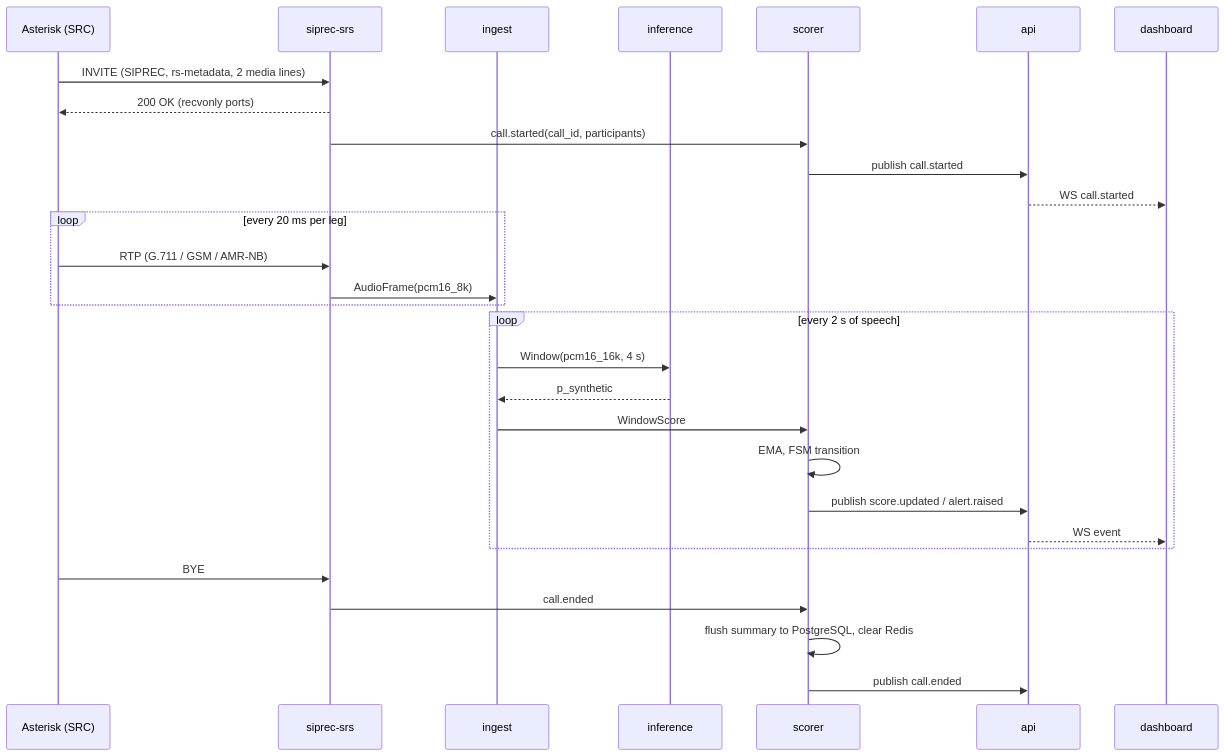
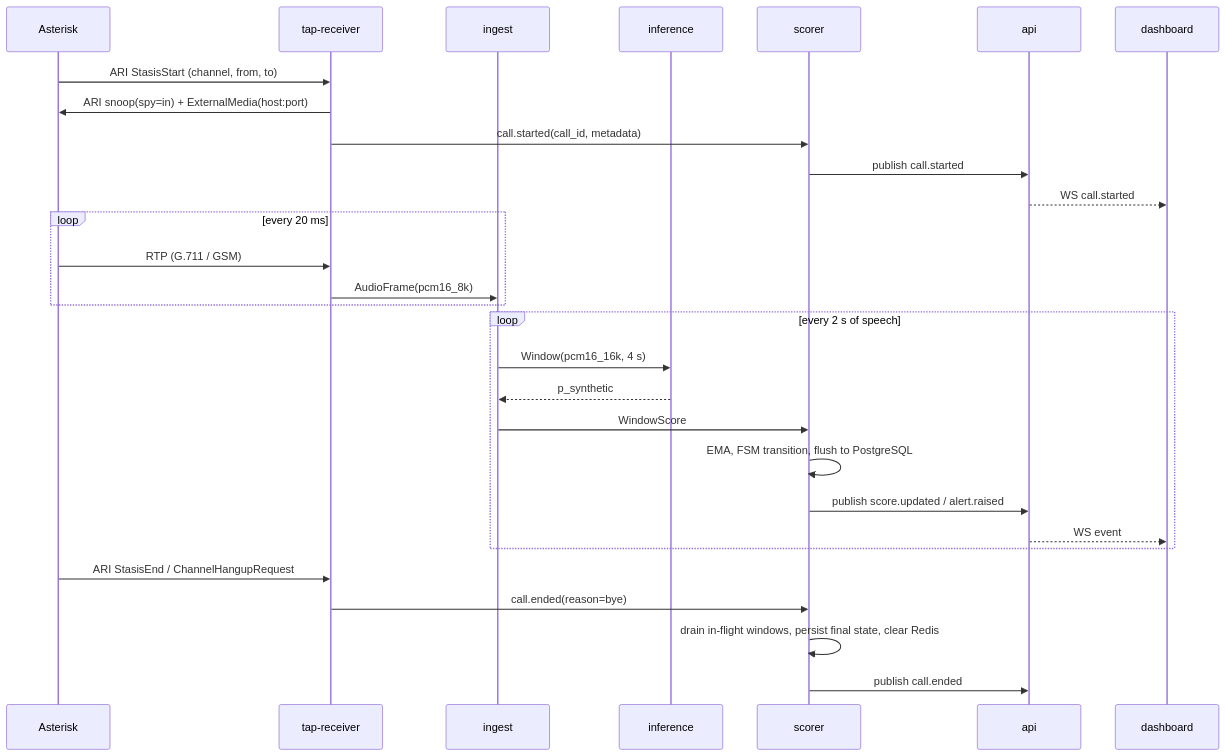
The second of 3 diagrams in architecture.md (mIBRAHIM707/Audio-Veracity-Analyzer), drawn with Mermaid before and after one commit. The commit also changed other lines of this file, not shown here.

First line of the commit message:
docs: architecture v0.2 to match PRD v0.2

````diff
--- a/architecture.md
+++ b/architecture.md
@@ -155,32 +193,32 @@
 ```mermaid
 sequenceDiagram
-    participant PBX as Asterisk (SRC)
-    participant SRS as siprec-srs
+    participant PBX as Asterisk
+    participant TAP as tap-receiver
     participant ING as ingest
     participant INF as inference
     participant SCR as scorer
     participant API as api
     participant UI as dashboard
 
-    PBX->>SRS: INVITE (SIPREC, rs-metadata, 2 media lines)
-    SRS-->>PBX: 200 OK (recvonly ports)
-    SRS->>SCR: call.started(call_id, participants)
+    PBX->>TAP: ARI StasisStart (channel, from, to)
+    TAP->>PBX: ARI snoop(spy=in) + ExternalMedia(host:port)
+    TAP->>SCR: call.started(call_id, metadata)
     SCR->>API: publish call.started
     API-->>UI: WS call.started
-    loop every 20 ms per leg
-        PBX->>SRS: RTP (G.711 / GSM / AMR-NB)
-        SRS->>ING: AudioFrame(pcm16_8k)
+    loop every 20 ms
+        PBX->>TAP: RTP (G.711 / GSM)
+        TAP->>ING: AudioFrame(pcm16_8k)
     end
     loop every 2 s of speech
         ING->>INF: Window(pcm16_16k, 4 s)
         INF-->>ING: p_synthetic
         ING->>SCR: WindowScore
-        SCR->>SCR: EMA, FSM transition
+        SCR->>SCR: EMA, FSM transition, flush to PostgreSQL
         SCR->>API: publish score.updated / alert.raised
         API-->>UI: WS event
     end
-    PBX->>SRS: BYE
-    SRS->>SCR: call.ended
-    SCR->>SCR: flush summary to PostgreSQL, clear Redis
+    PBX->>TAP: ARI StasisEnd / ChannelHangupRequest
+    TAP->>SCR: call.ended(reason=bye)
+    SCR->>SCR: drain in-flight windows, persist final state, clear Redis
     SCR->>API: publish call.ended
 ```
````
